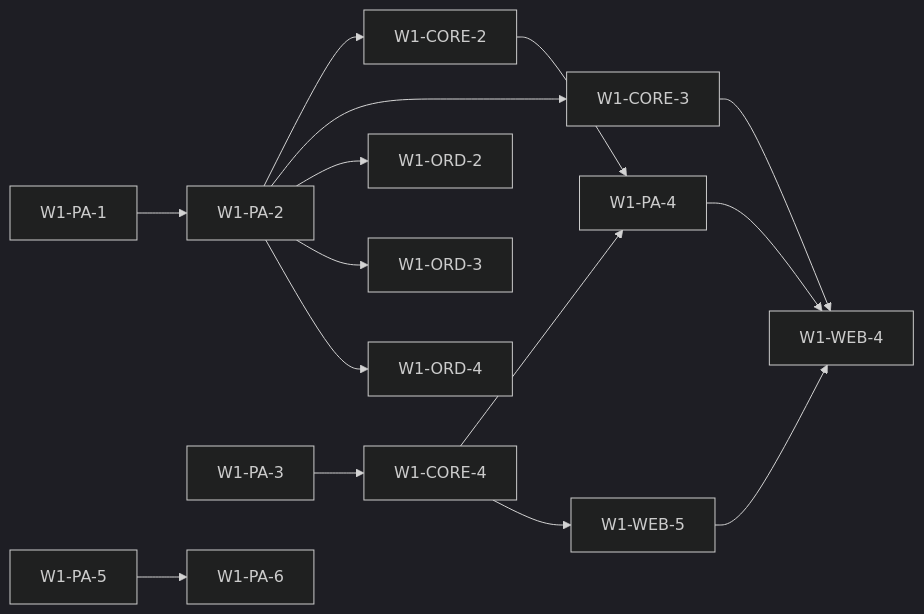
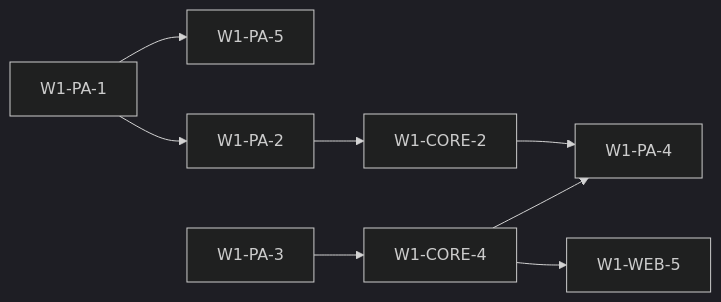
The diagram in docs/handoffs/week-1/README.md (Tecso-Dev/sarmiz), drawn with Mermaid (dark theme) before and after one commit. The commit also changed other lines of this file and 79 other files, not shown here.

````diff
--- a/docs/handoffs/week-1/README.md
+++ b/docs/handoffs/week-1/README.md
@@ -65,17 +73,10 @@
 ```mermaid
 flowchart LR
   PA1[W1-PA-1] --> PA2[W1-PA-2]
+  PA1 --> PA5[W1-PA-5]
   PA2 --> CORE2[W1-CORE-2]
-  PA2 --> CORE3[W1-CORE-3]
-  PA2 --> ORD2[W1-ORD-2]
-  PA2 --> ORD3[W1-ORD-3]
-  PA2 --> ORD4[W1-ORD-4]
   PA3[W1-PA-3] --> CORE4[W1-CORE-4]
+  CORE4 --> WEB5[W1-WEB-5]
   CORE4 --> PA4[W1-PA-4]
-  CORE4 --> WEB5[W1-WEB-5]
   CORE2 --> PA4
-  PA4 --> WEB4[W1-WEB-4]
-  CORE3 --> WEB4
-  WEB5 --> WEB4
-  PA5[W1-PA-5] --> PA6[W1-PA-6]
 ```
````
